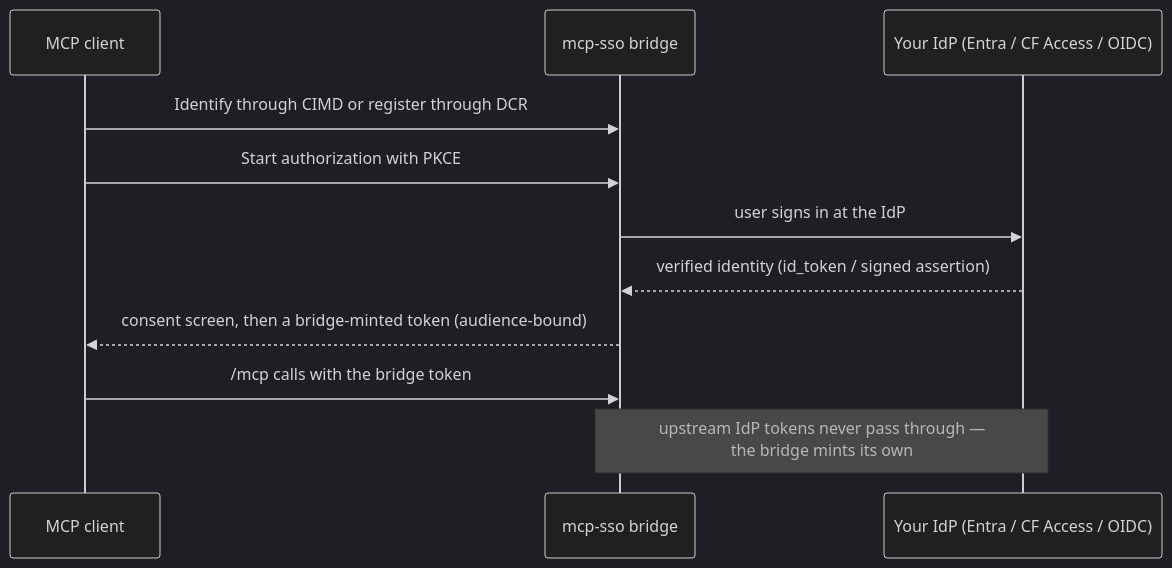
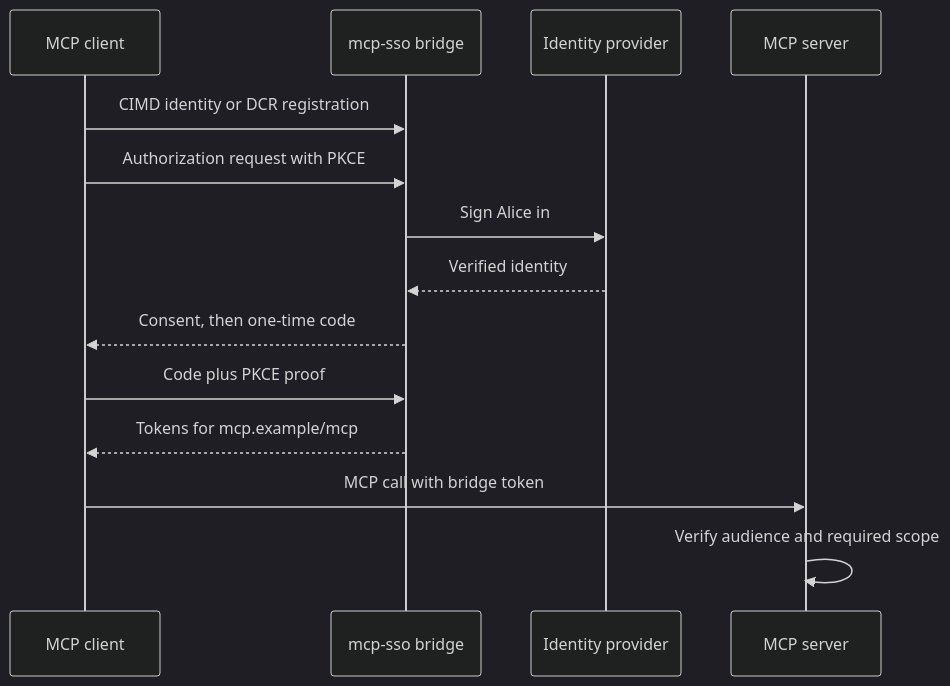
Before and after one commit to acartag7/mcp-sso: the diagram in README.md, drawn with Mermaid (dark theme). The commit also changed other lines of this file and 12 other files, not shown here.

````diff
--- a/README.md
+++ b/README.md
@@ -33,13 +106,16 @@
 ```mermaid
 sequenceDiagram
     participant C as MCP client
     participant B as mcp-sso bridge
-    participant I as Your IdP (Entra / CF Access / OIDC)
-    C->>B: Identify through CIMD or register through DCR
-    C->>B: Start authorization with PKCE
-    B->>I: user signs in at the IdP
-    I-->>B: verified identity (id_token / signed assertion)
-    B-->>C: consent screen, then a bridge-minted token (audience-bound)
-    C->>B: /mcp calls with the bridge token
-    Note over B,I: upstream IdP tokens never pass through —<br/>the bridge mints its own
+    participant I as Identity provider
+    participant S as MCP server
+    C->>B: CIMD identity or DCR registration
+    C->>B: Authorization request with PKCE
+    B->>I: Sign Alice in
+    I-->>B: Verified identity
+    B-->>C: Consent, then one-time code
+    C->>B: Code plus PKCE proof
+    B-->>C: Tokens for mcp.example/mcp
+    C->>S: MCP call with bridge token
+    S->>S: Verify audience and required scope
 ```
````
